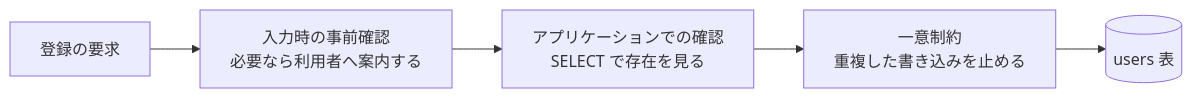
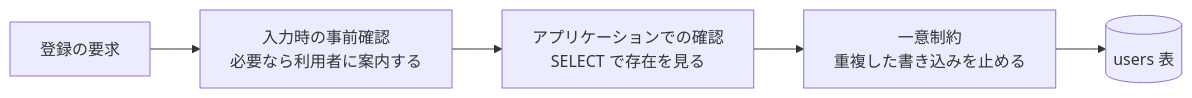
The first of 5 diagrams in content/notes/database-systems/unique-constraint/index.md (nao1215/debimate), drawn with Mermaid before and after one commit. The commit also changed other lines of this file and 46 other files, not shown here.

````diff
--- a/content/notes/database-systems/unique-constraint/index.md
+++ b/content/notes/database-systems/unique-constraint/index.md
@@ -18,7 +18,7 @@
 ```mermaid
 flowchart LR
-    R["登録の要求"] --> I["入力時の事前確認<br/>必要なら利用者へ案内する"]
+    R["登録の要求"] --> I["入力時の事前確認<br/>必要なら利用者に案内する"]
     I --> A["アプリケーションでの確認<br/>SELECT で存在を見る"]
     A --> D["一意制約<br/>重複した書き込みを止める"]
     D --> T[("users 表")]
 ```
````
